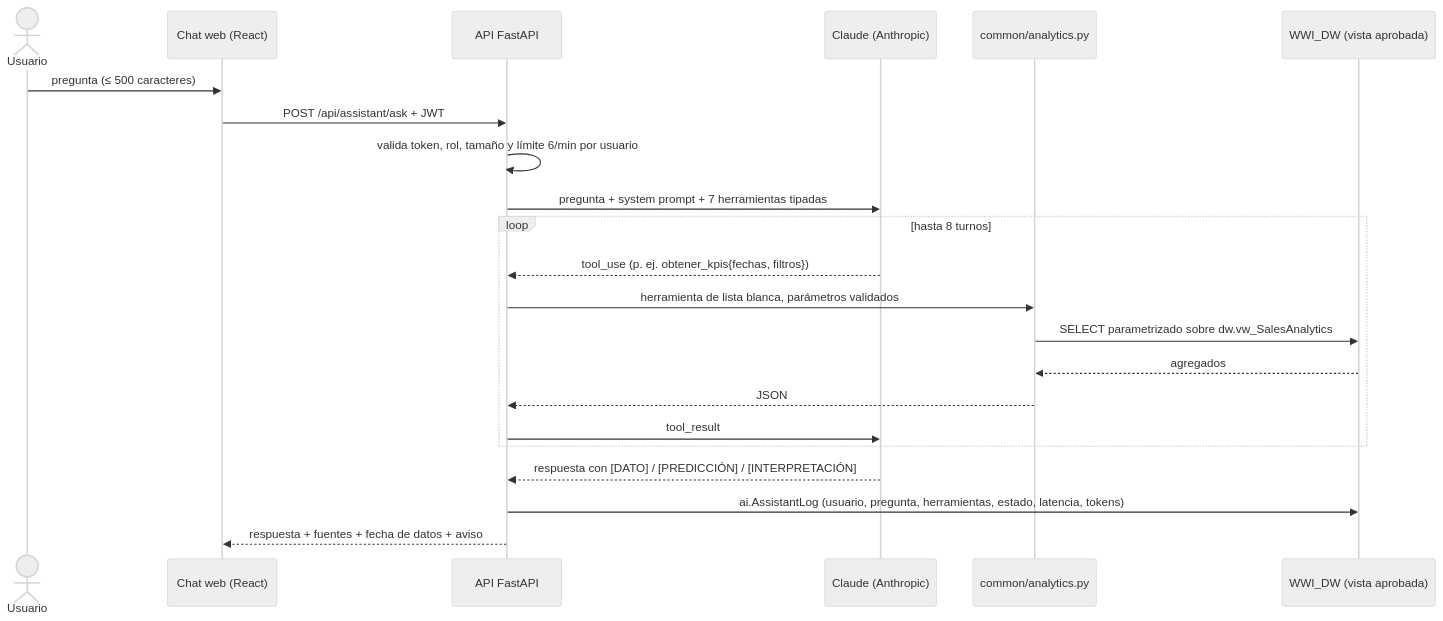
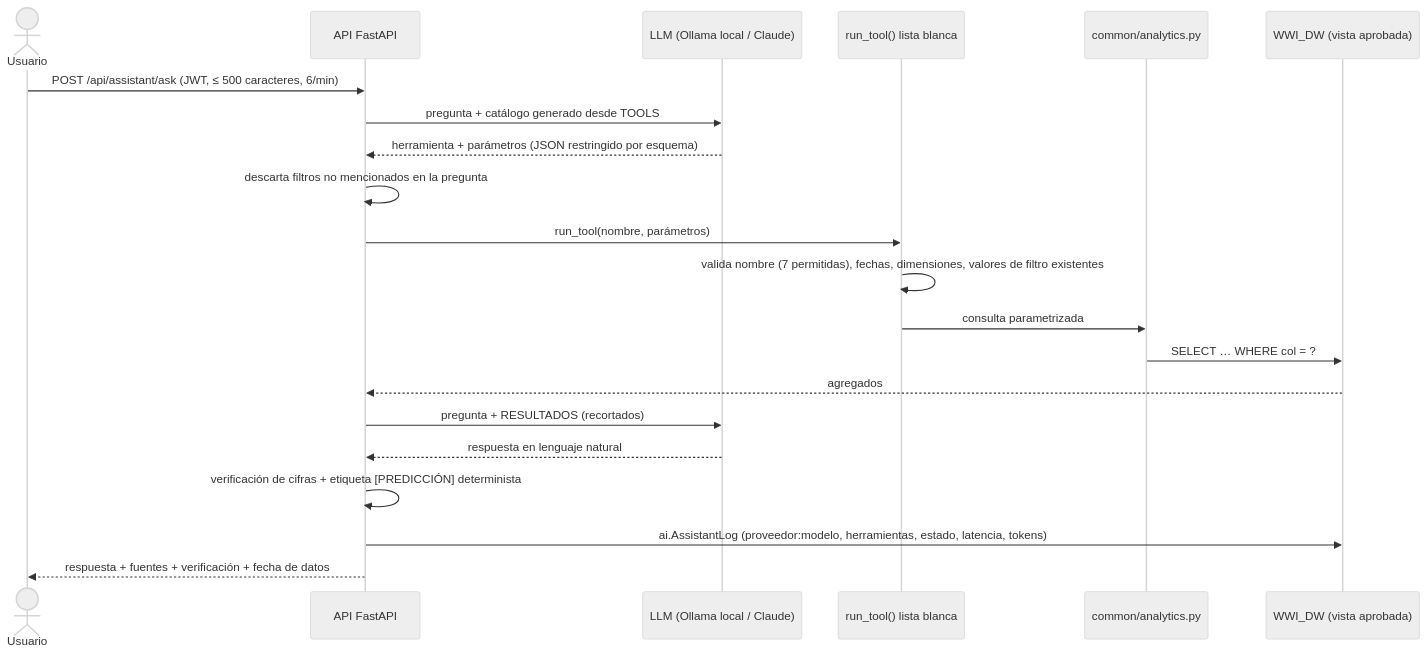
Before and after one commit to Wilmer328/Examen1_TE: the diagram in documentation/07_generative_ai.md, drawn with Mermaid (neutral theme). The commit also changed other lines of this file and 4 other files, not shown here.

First line of the commit message:
Documentación: instalación y uso de Ollama, resultados reales y límites del asistente

````diff
--- a/documentation/07_generative_ai.md
+++ b/documentation/07_generative_ai.md
@@ -7,24 +32,23 @@
 ```mermaid
 sequenceDiagram
     actor U as Usuario
-    participant W as Chat web (React)
     participant A as API FastAPI
-    participant C as Claude (Anthropic)
+    participant L as LLM (Ollama local / Claude)
+    participant R as run_tool() lista blanca
     participant S as common/analytics.py
     participant D as WWI_DW (vista aprobada)
-    U->>W: pregunta (≤ 500 caracteres)
-    W->>A: POST /api/assistant/ask + JWT
-    A->>A: valida token, rol, tamaño y límite 6/min por usuario
-    A->>C: pregunta + system prompt + 7 herramientas tipadas
-    loop hasta 8 turnos
-        C-->>A: tool_use (p. ej. obtener_kpis{fechas, filtros})
-        A->>S: herramienta de lista blanca, parámetros validados
-        S->>D: SELECT parametrizado sobre dw.vw_SalesAnalytics
-        D-->>S: agregados
-        S-->>A: JSON
-        A->>C: tool_result
-    end
-    C-->>A: respuesta con [DATO] / [PREDICCIÓN] / [INTERPRETACIÓN]
-    A->>D: ai.AssistantLog (usuario, pregunta, herramientas, estado, latencia, tokens)
-    A-->>W: respuesta + fuentes + fecha de datos + aviso
+    U->>A: POST /api/assistant/ask (JWT, ≤ 500 caracteres, 6/min)
+    A->>L: pregunta + catálogo generado desde TOOLS
+    L-->>A: herramienta + parámetros (JSON restringido por esquema)
+    A->>A: descarta filtros no mencionados en la pregunta
+    A->>R: run_tool(nombre, parámetros)
+    R->>R: valida nombre (7 permitidas), fechas, dimensiones, valores de filtro existentes
+    R->>S: consulta parametrizada
+    S->>D: SELECT … WHERE col = ?
+    D-->>A: agregados
+    A->>L: pregunta + RESULTADOS (recortados)
+    L-->>A: respuesta en lenguaje natural
+    A->>A: verificación de cifras + etiqueta [PREDICCIÓN] determinista
+    A->>D: ai.AssistantLog (proveedor:modelo, herramientas, estado, latencia, tokens)
+    A-->>U: respuesta + fuentes + verificación + fecha de datos
 ```
````
